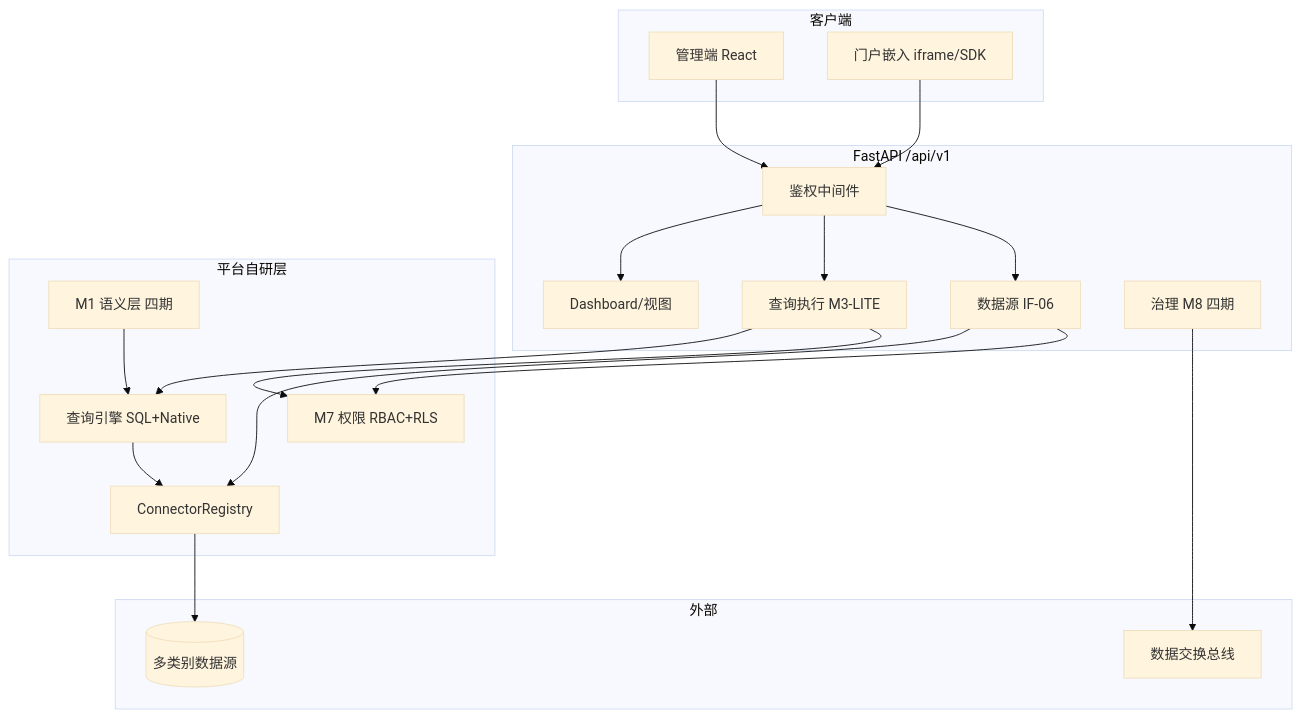
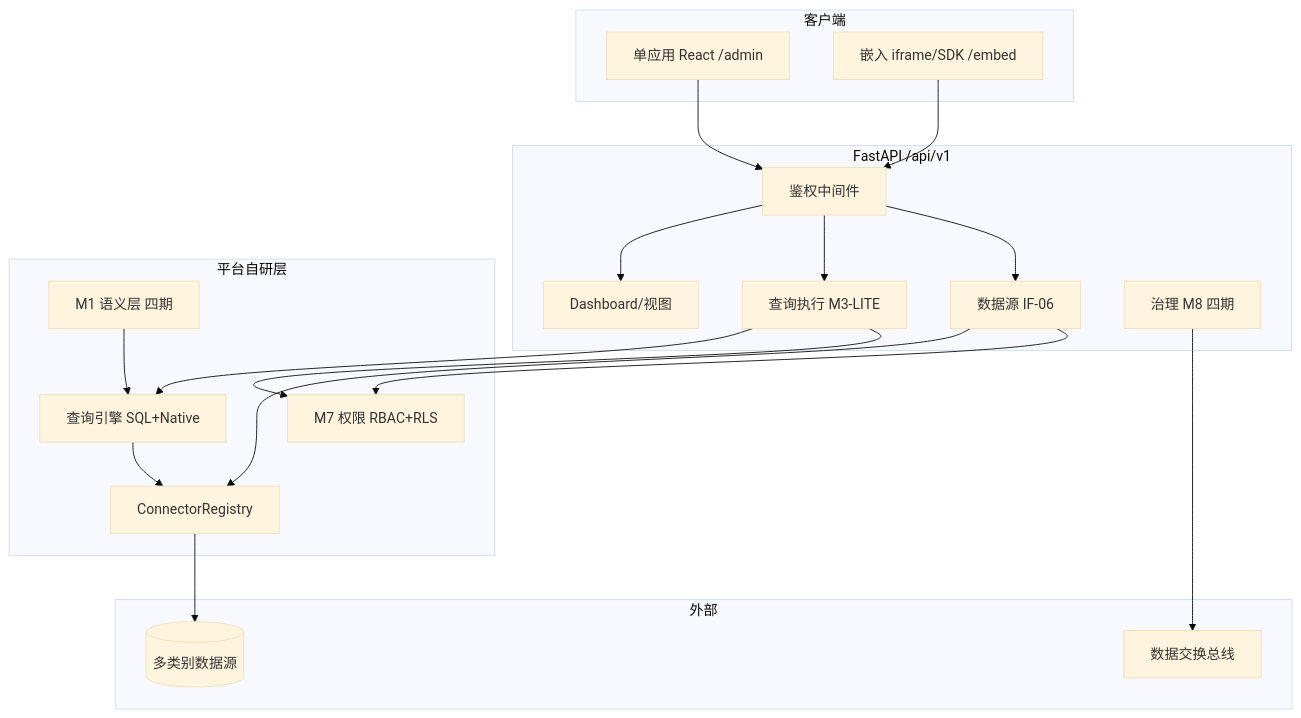
Before and after one commit to franksmith0710/VitalSpan: the diagram in docs/arch.md, drawn with Mermaid (base theme). The commit also changed other lines of this file and 7 other files, not shown here.

````diff
--- a/docs/arch.md
+++ b/docs/arch.md
@@ -18,37 +18,37 @@
 ```mermaid
 flowchart TB
     subgraph client [客户端]
-        AdminUI[管理端 React]
-        Portal[门户嵌入 iframe/SDK]
+        WebApp[单应用 React /admin]
+        EmbedUI[嵌入 iframe/SDK /embed]
     end
     subgraph api [FastAPI /api/v1]
         AuthMW[鉴权中间件]
         DSAPI[数据源 IF-06]
         QueryAPI[查询执行 M3-LITE]
         DashAPI[Dashboard/视图]
         GovAPI[治理 M8 四期]
     end
     subgraph platform [平台自研层]
         M7[M7 权限 RBAC+RLS]
         Conn[ConnectorRegistry]
         Engine[查询引擎 SQL+Native]
         Meta[M1 语义层 四期]
     end
     subgraph external [外部]
         DB[(多类别数据源)]
         Bus[数据交换总线]
     end
-    AdminUI --> AuthMW
-    Portal --> AuthMW
+    WebApp --> AuthMW
+    EmbedUI --> AuthMW
     AuthMW --> DSAPI
     AuthMW --> QueryAPI
     AuthMW --> DashAPI
     DSAPI --> M7
     QueryAPI --> M7
     QueryAPI --> Engine
     DSAPI --> Conn
     Conn --> DB
     Engine --> Conn
     GovAPI --> Bus
     Meta --> Engine
 ```
````
